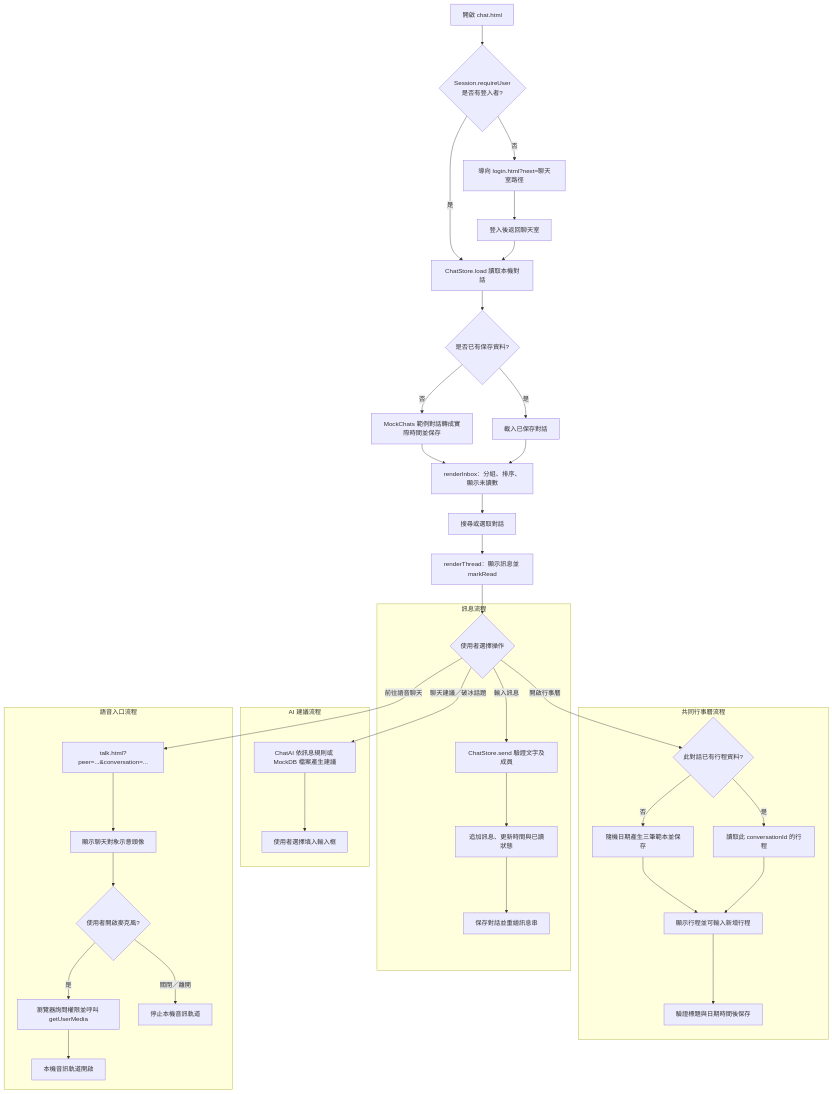
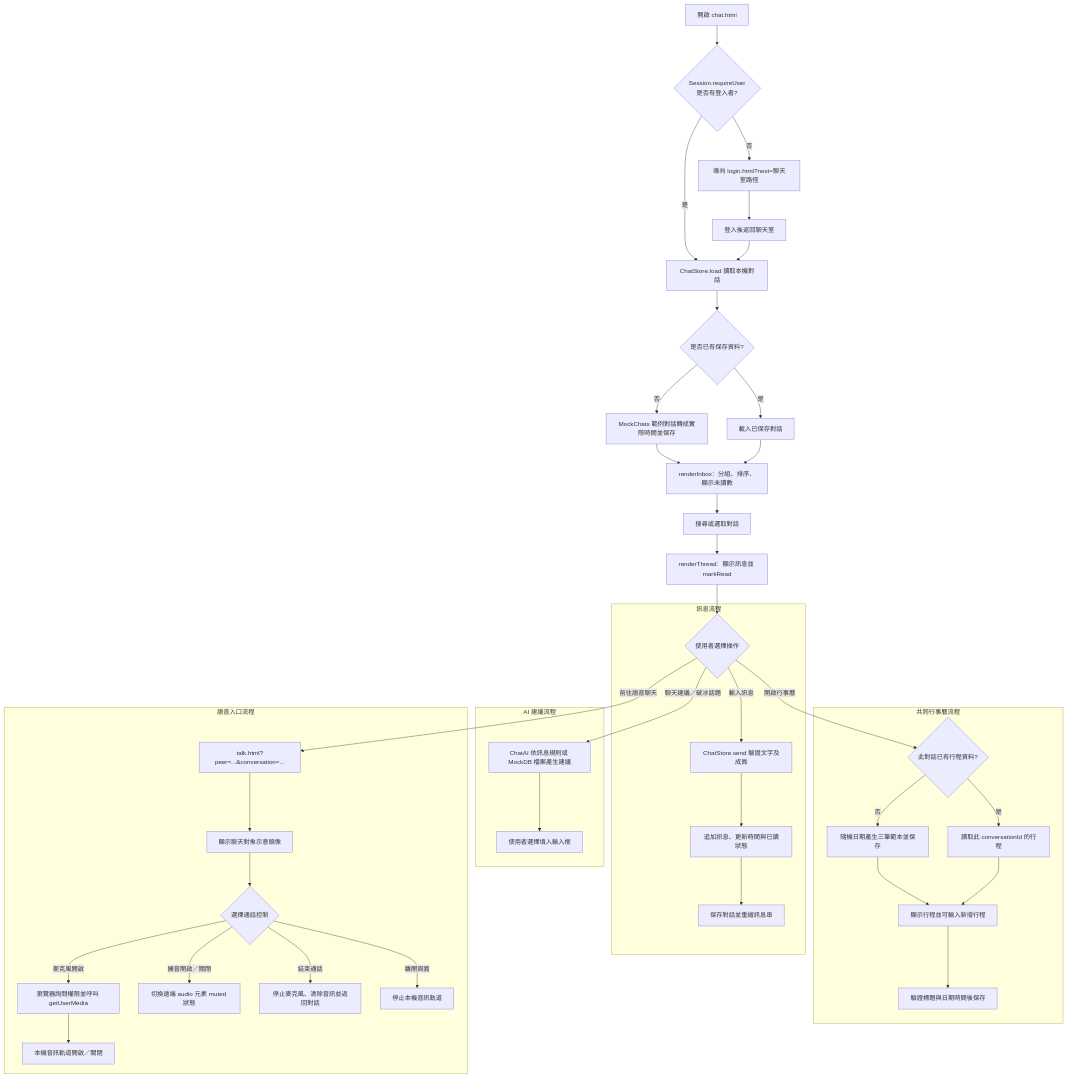
One commit to 11575710Jordan/Nknu-dating-app-spi changed the second of 2 diagrams in C4model/聊天室.md. Above: the diagram before and after it, drawn with Mermaid. The commit also changed other lines of this file and 5 other files, not shown here.

````diff
--- a/C4model/聊天室.md
+++ b/C4model/聊天室.md
@@ -111,45 +112,47 @@
 ```mermaid
 flowchart TD
   A[開啟 chat.html] --> B{Session.requireUser<br/>是否有登入者?}
   B -- 否 --> C[導向 login.html?next=聊天室路徑]
   C --> D[登入後返回聊天室]
   B -- 是 --> E[ChatStore.load 讀取本機對話]
   D --> E
   E --> F{是否已有保存資料?}
   F -- 否 --> G[MockChats 範例對話轉成實際時間並保存]
   F -- 是 --> H[載入已保存對話]
   G --> I[renderInbox：分組、排序、顯示未讀數]
   H --> I
   I --> J[搜尋或選取對話]
   J --> K[renderThread：顯示訊息並 markRead]
   K --> L{使用者選擇操作}
 
   subgraph M[訊息流程]
     L -->|輸入訊息| N[ChatStore.send 驗證文字及成員]
     N --> O[追加訊息、更新時間與已讀狀態]
     O --> P[保存對話並重繪訊息串]
   end
 
   subgraph AIF[AI 建議流程]
     L -->|聊天建議／破冰話題| Q[ChatAI 依訊息規則或 MockDB 檔案產生建議]
     Q --> R[使用者選擇填入輸入框]
   end
 
   subgraph CAL[共同行事曆流程]
     L -->|開啟行事曆| S{此對話已有行程資料?}
     S -- 否 --> T[隨機日期產生三筆範本並保存]
     S -- 是 --> U[讀取此 conversationId 的行程]
     T --> V[顯示行程並可輸入新增行程]
     U --> V
     V --> W[驗證標題與日期時間後保存]
   end
 
   subgraph VOICE[語音入口流程]
     L -->|前往語音聊天| X[talk.html?peer=...&conversation=...]
     X --> Y[顯示聊天對象示意頭像]
-    Y --> Z{使用者開啟麥克風?}
-    Z -- 是 --> AA[瀏覽器詢問權限並呼叫 getUserMedia]
-    AA --> AB[本機音訊軌道開啟]
-    Z -- 關閉／離開 --> AC[停止本機音訊軌道]
+    Y --> Z{選擇通話控制}
+    Z -- 麥克風開啟 --> AA[瀏覽器詢問權限並呼叫 getUserMedia]
+    AA --> AB[本機音訊軌道開啟／關閉]
+    Z -- 擴音開啟／關閉 --> AC[切換遠端 audio 元素 muted 狀態]
+    Z -- 結束通話 --> AD[停止麥克風、清除音訊並返回對話]
+    Z -- 離開頁面 --> AE[停止本機音訊軌道]
   end
 ```
````
